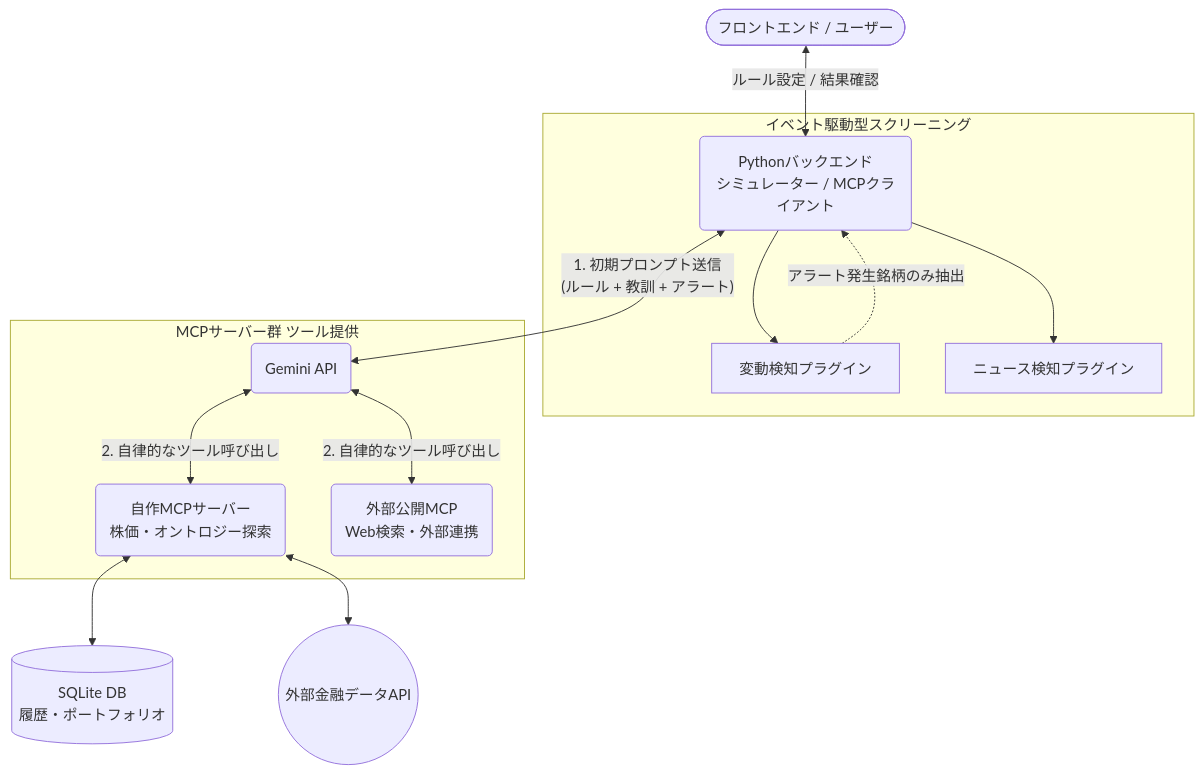
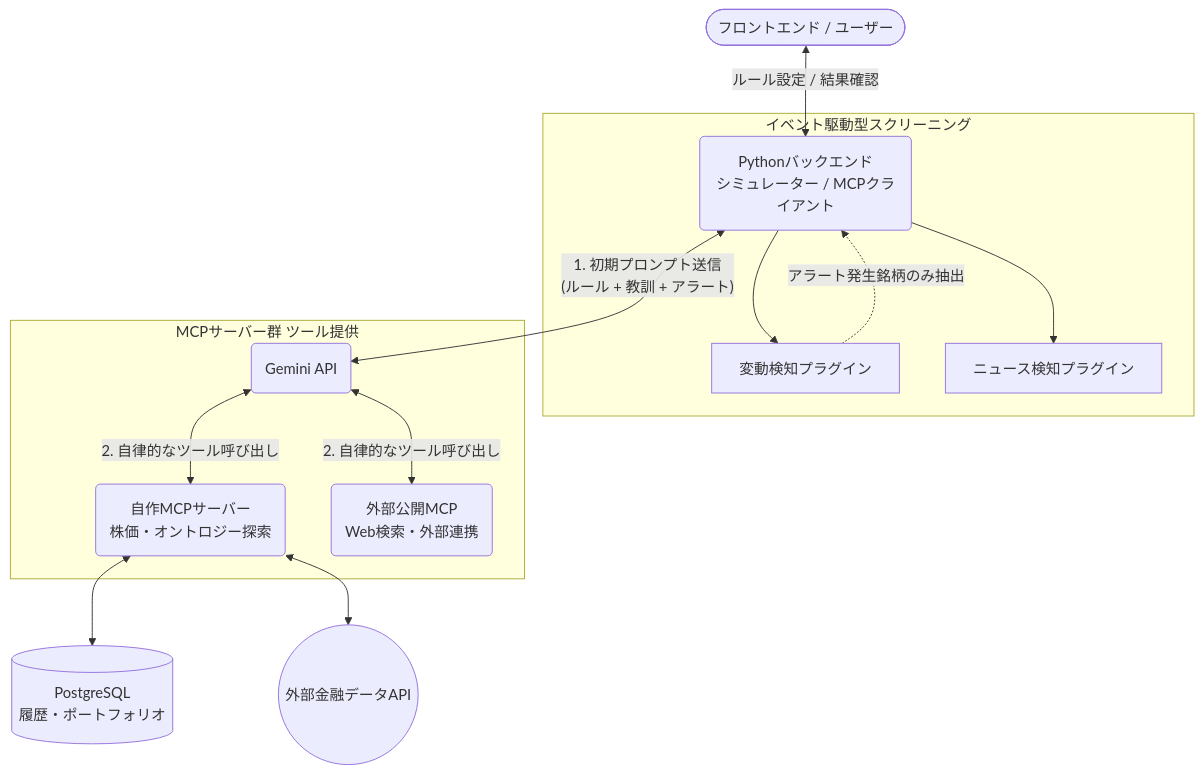
Before and after one commit to toraponta/trader2: the first of 5 diagrams in docs/specs/spec.md, drawn with Mermaid. The commit also changed other lines of this file and 1 other file, not shown here.

Commit message:
docs: update data schema definitions and project specifications

````diff
--- a/docs/specs/spec.md
+++ b/docs/specs/spec.md
@@ -21,20 +21,20 @@
 ```mermaid
 graph TD
     UI(["フロントエンド / ユーザー"]) <-->|"ルール設定 / 結果確認"| BE("Pythonバックエンド<br>シミュレーター / MCPクライアント")
     
     subgraph SG1 [イベント駆動型スクリーニング]
         BE --> P1["変動検知プラグイン"]
         BE --> P2["ニュース検知プラグイン"]
         P1 -.->|"アラート発生銘柄のみ抽出"| BE
     end
 
     BE <-->|"1. 初期プロンプト送信<br>(ルール + 教訓 + アラート)"| AI("Gemini API")
     
     subgraph SG2 [MCPサーバー群 ツール提供]
         AI <-->|"2. 自律的なツール呼び出し"| LocalMCP("自作MCPサーバー<br>株価・オントロジー探索")
         AI <-->|"2. 自律的なツール呼び出し"| PublicMCP("外部公開MCP<br>Web検索・外部連携")
     end
     
-    LocalMCP <--> DB[("SQLite DB<br>履歴・ポートフォリオ")]
+    LocalMCP <--> DB[("PostgreSQL<br>履歴・ポートフォリオ")]
     LocalMCP <--> ExtAPI(("外部金融データAPI"))
 ```
````
